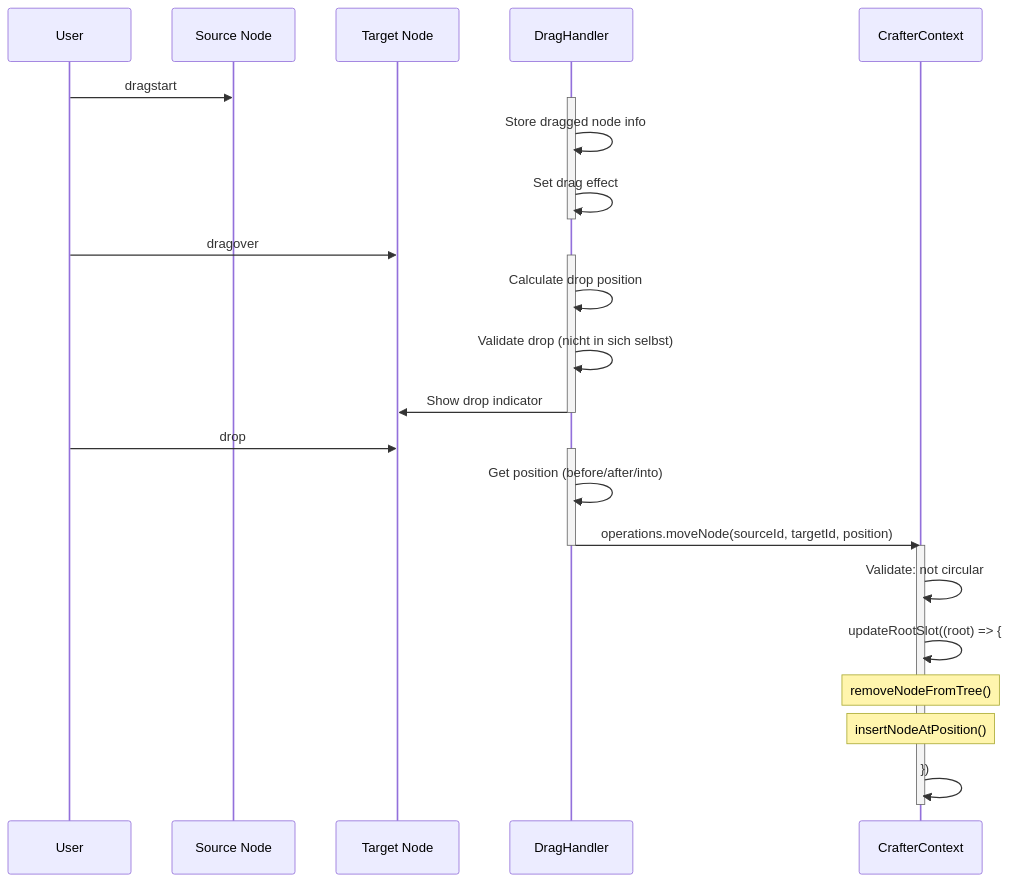
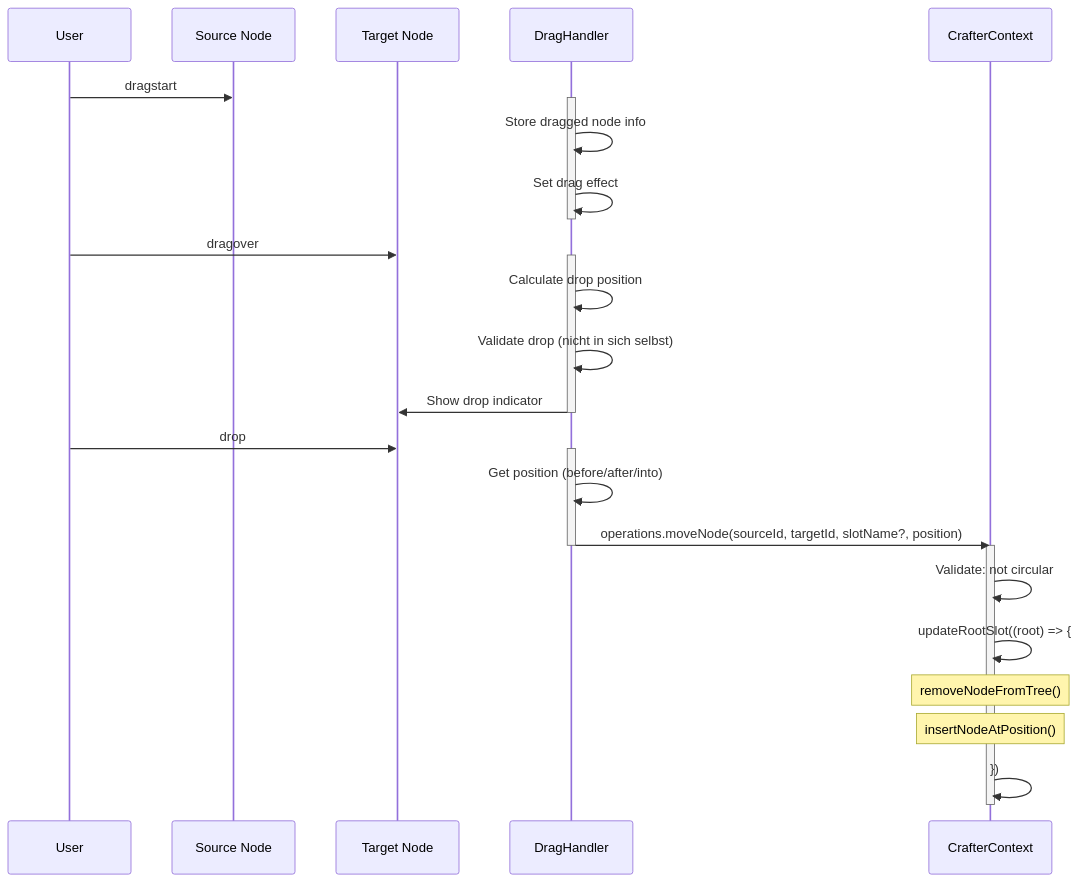
The fifth of 13 diagrams in apps/docs/src/arc42/06-runtime-view.md (mainzcript/ujl), drawn with Mermaid before and after one commit. The commit also changed other lines of this file and 10 other files, not shown here.

Commit message:
refactor: update architecture documentation to clarify UJL's structure, including detailed descriptions of content and design separation, image storage strategies, and the role of the Crafter in editor workflows, while enhancing overall clarity and consistency across sections

````diff
--- a/apps/docs/src/arc42/06-runtime-view.md
+++ b/apps/docs/src/arc42/06-runtime-view.md
@@ -613,35 +580,35 @@
 ```mermaid
 sequenceDiagram
     participant User as User
     participant Source as Source Node
     participant Target as Target Node
     participant Handler as DragHandler
     participant Context as CrafterContext
 
     User->>Source: dragstart
     activate Handler
     Handler->>Handler: Store dragged node info
     Handler->>Handler: Set drag effect
     deactivate Handler
 
     User->>Target: dragover
     activate Handler
     Handler->>Handler: Calculate drop position
     Handler->>Handler: Validate drop (nicht in sich selbst)
     Handler->>Target: Show drop indicator
     deactivate Handler
 
     User->>Target: drop
     activate Handler
     Handler->>Handler: Get position (before/after/into)
-    Handler->>Context: operations.moveNode(sourceId, targetId, position)
+    Handler->>Context: operations.moveNode(sourceId, targetId, slotName?, position)
     deactivate Handler
 
     activate Context
     Context->>Context: Validate: not circular
     Context->>Context: updateRootSlot((root) => {
     Note over Context: removeNodeFromTree()
     Note over Context: insertNodeAtPosition()
     Context->>Context: })
     deactivate Context
 ```
````
